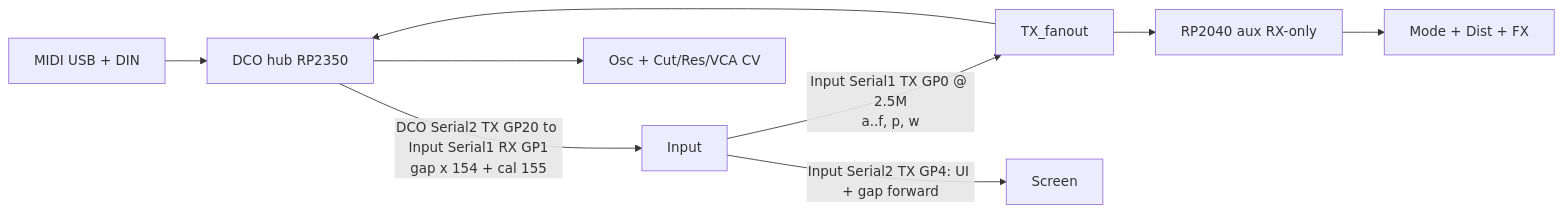
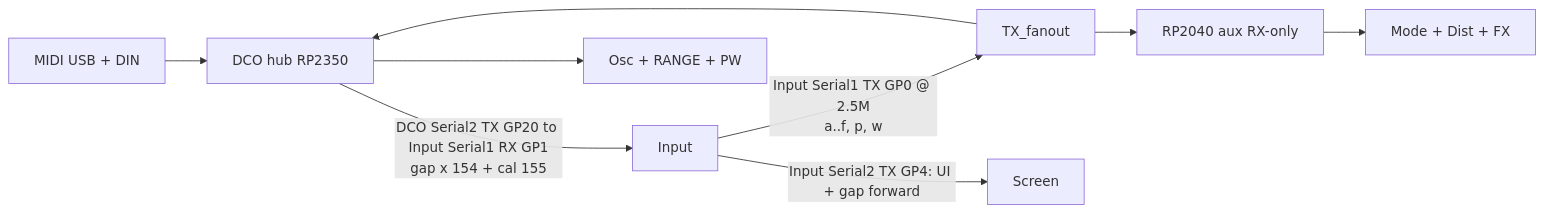
One commit to felipegaspari/DCO4-REBORN-DCO changed the diagram in docs/SYSTEM_OVERVIEW.md. Above: the diagram before and after it, drawn with Mermaid. The commit also changed other lines of this file and 4 other files, not shown here.

````diff
--- a/docs/SYSTEM_OVERVIEW.md
+++ b/docs/SYSTEM_OVERVIEW.md
@@ -31,11 +31,11 @@
 ```mermaid
 flowchart LR
   World["MIDI USB + DIN"] --> DCO["DCO hub RP2350"]
   Input["Input"] -->|"Input Serial1 TX GP0 @ 2.5M\na..f, p, w"| Fan["TX_fanout"]
   Fan --> DCO
   Fan --> Aux["RP2040 aux RX-only"]
   DCO -->|"DCO Serial2 TX GP20 to Input Serial1 RX GP1\ngap x 154 + cal 155"| Input
   Input -->|"Input Serial2 TX GP4: UI + gap forward"| Screen["Screen"]
-  DCO --> AnalogFront["Osc + Cut/Res/VCA CV"]
+  DCO --> AnalogFront["Osc + RANGE + PW"]
   Aux --> AnalogPost["Mode + Dist + FX"]
 ```
````
